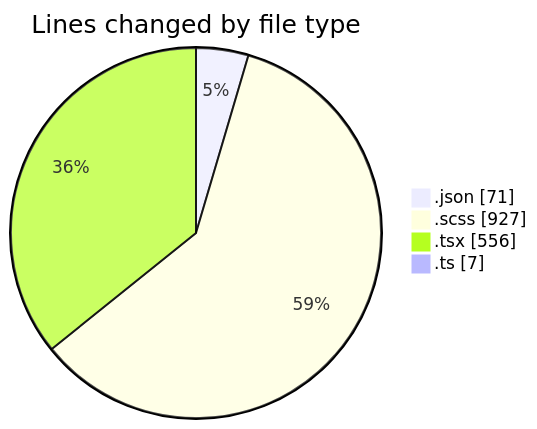
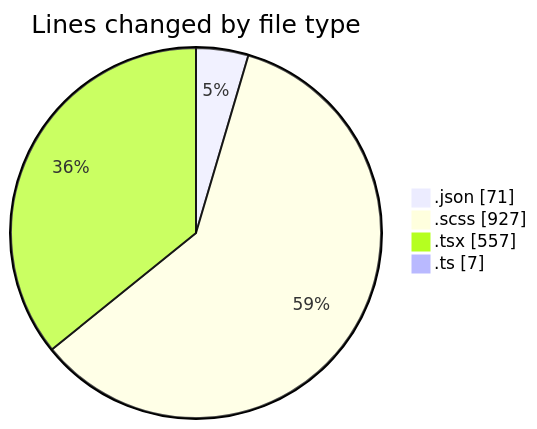
The first of 2 diagrams in 2026-02-17/cda/README.md (momahboobian/code-tracking), drawn with Mermaid before and after one commit. The commit also changed other lines of this file and 1 other file, not shown here.

````diff
--- a/2026-02-17/cda/README.md
+++ b/2026-02-17/cda/README.md
@@ -27,8 +27,8 @@
 ```mermaid
 pie showData
 title Lines changed by file type
 ".json" : 71
 ".scss" : 927
-".tsx" : 556
+".tsx" : 557
 ".ts" : 7
 ```
````
